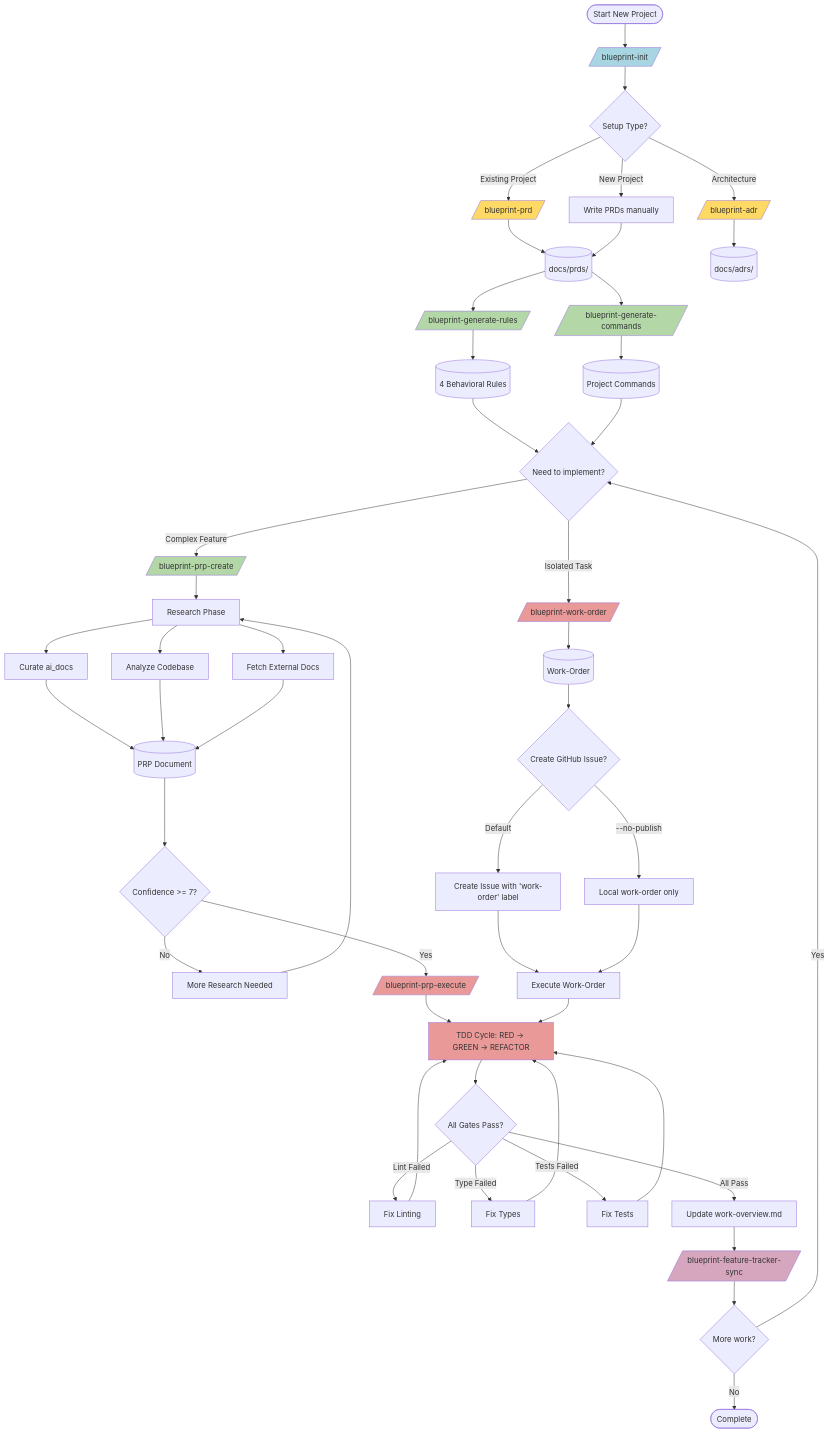
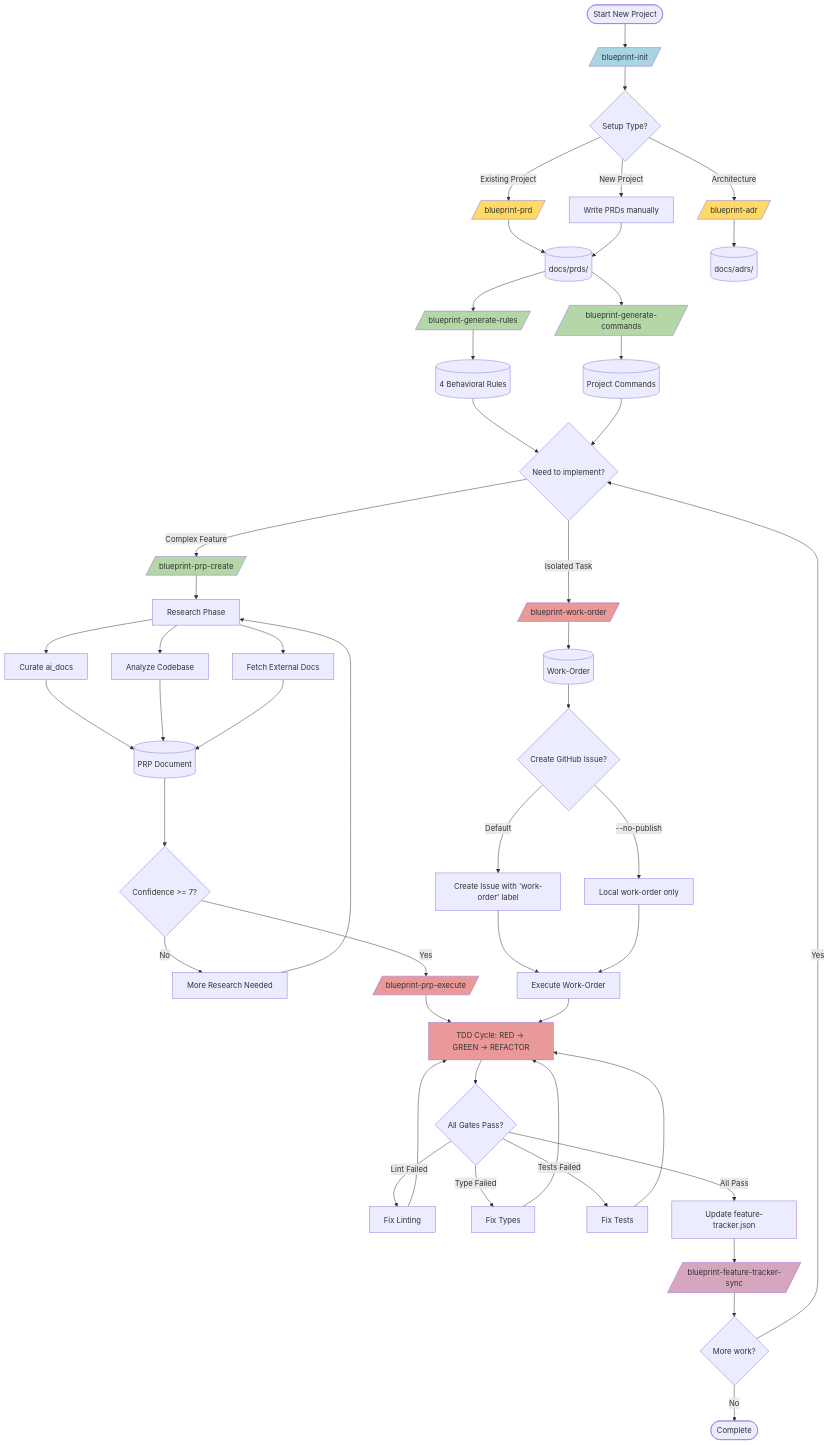
One commit to laurigates/claude-plugins changed the second of 8 diagrams in blueprint-plugin/docs/blueprint-plugin-sequence.md. Above: the diagram before and after it, drawn with Mermaid. The commit also changed other lines of this file and 10 other files, not shown here.

First line of the commit message:
Migrate to v3.0→v3.1 and remove stale work-overview references (#561)

````diff
--- a/blueprint-plugin/docs/blueprint-plugin-sequence.md
+++ b/blueprint-plugin/docs/blueprint-plugin-sequence.md
@@ -116,79 +116,79 @@
 ```mermaid
 graph TB
     Start([Start New Project]) --> Init[/blueprint-init/]
 
     Init --> InitArtifacts{Setup Type?}
     InitArtifacts -->|Existing Project| GenPRD[/blueprint-prd/]
     InitArtifacts -->|New Project| WritePRD[Write PRDs manually]
     InitArtifacts -->|Architecture| GenADR[/blueprint-adr/]
 
     GenPRD --> PRDs[(docs/prds/)]
     WritePRD --> PRDs
     GenADR --> ADRs[(docs/adrs/)]
 
     PRDs --> GenRules[/blueprint-generate-rules/]
     PRDs --> GenCmds[/blueprint-generate-commands/]
 
     GenRules --> Rules[(4 Behavioral Rules)]
     GenCmds --> Commands[(Project Commands)]
 
     Rules --> FeatureWork{Need to implement?}
     Commands --> FeatureWork
 
     FeatureWork -->|Complex Feature| CreatePRP[/blueprint-prp-create/]
     FeatureWork -->|Isolated Task| CreateWO[/blueprint-work-order/]
 
     CreatePRP --> ResearchPhase[Research Phase]
     ResearchPhase --> CurateAIDocs[Curate ai_docs]
     ResearchPhase --> AnalyzeCodebase[Analyze Codebase]
     ResearchPhase --> FetchDocs[Fetch External Docs]
 
     CurateAIDocs --> PRP[(PRP Document)]
     AnalyzeCodebase --> PRP
     FetchDocs --> PRP
 
     PRP --> ConfidenceCheck{Confidence >= 7?}
     ConfidenceCheck -->|No| MoreResearch[More Research Needed]
     MoreResearch --> ResearchPhase
     ConfidenceCheck -->|Yes| ExecutePRP[/blueprint-prp-execute/]
 
     CreateWO --> WorkOrder[(Work-Order)]
     WorkOrder --> OptionalGH{Create GitHub Issue?}
     OptionalGH -->|Default| GitHubIssue[Create Issue with 'work-order' label]
     OptionalGH -->|--no-publish| LocalOnly[Local work-order only]
 
     GitHubIssue --> ExecuteWO[Execute Work-Order]
     LocalOnly --> ExecuteWO
 
     ExecutePRP --> TDDCycle
     ExecuteWO --> TDDCycle
 
     TDDCycle[TDD Cycle: RED → GREEN → REFACTOR]
     TDDCycle --> ValidationGates{All Gates Pass?}
 
     ValidationGates -->|Lint Failed| FixLint[Fix Linting]
     ValidationGates -->|Type Failed| FixTypes[Fix Types]
     ValidationGates -->|Tests Failed| FixTests[Fix Tests]
 
     FixLint --> TDDCycle
     FixTypes --> TDDCycle
     FixTests --> TDDCycle
 
-    ValidationGates -->|All Pass| UpdateProgress[Update work-overview.md]
+    ValidationGates -->|All Pass| UpdateProgress[Update feature-tracker.json]
     UpdateProgress --> TrackFeatures[/blueprint-feature-tracker-sync/]
 
     TrackFeatures --> MoreWork{More work?}
     MoreWork -->|Yes| FeatureWork
     MoreWork -->|No| Done([Complete])
 
     style Init fill:#a8d5e2
     style GenPRD fill:#ffd966
     style GenADR fill:#ffd966
     style GenRules fill:#b4d7a8
     style GenCmds fill:#b4d7a8
     style CreatePRP fill:#b4d7a8
     style ExecutePRP fill:#ea9999
     style CreateWO fill:#ea9999
     style TrackFeatures fill:#d5a6bd
     style TDDCycle fill:#ea9999
 ```
````
